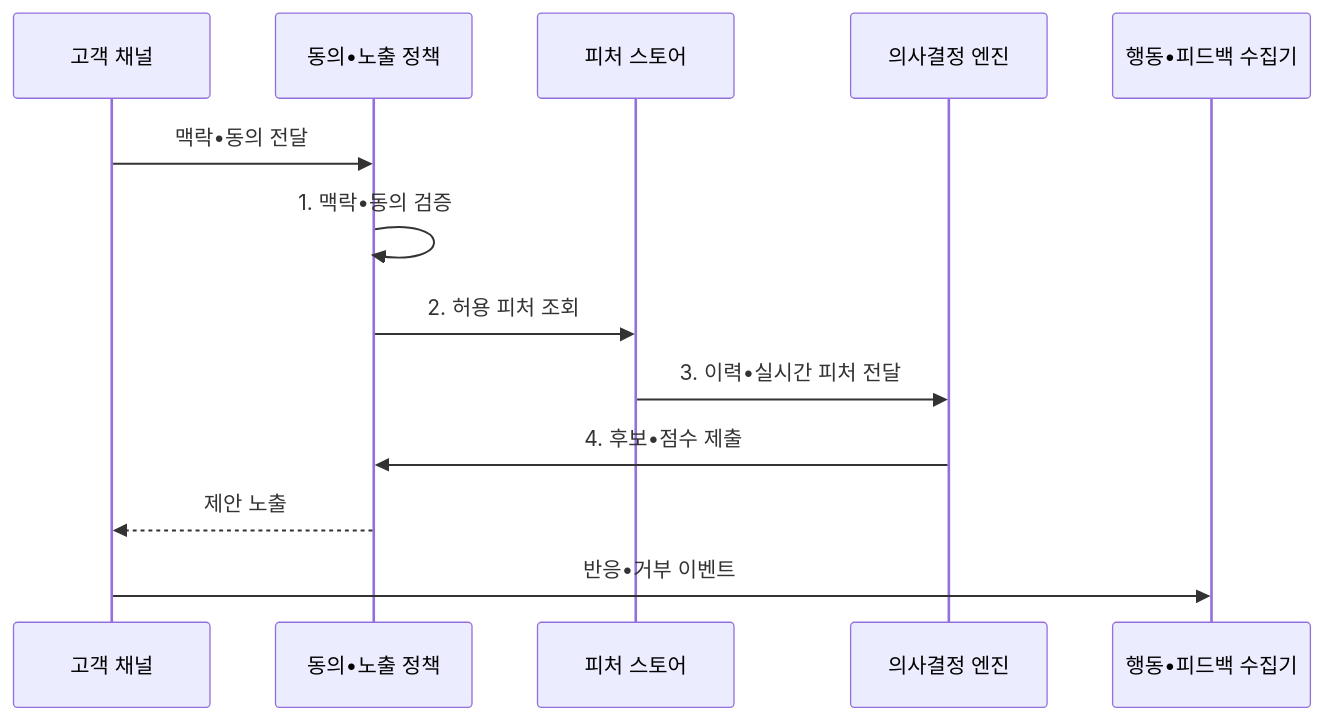
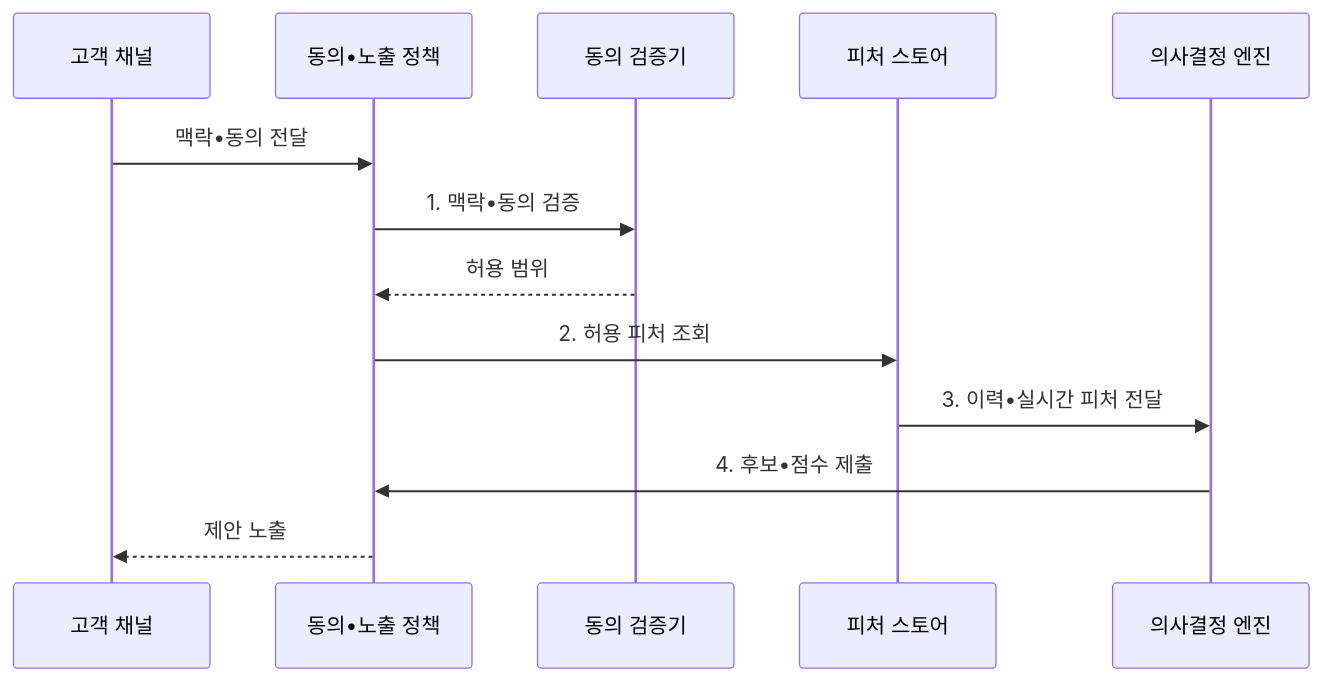
One commit to agnusdei1207/knowledge-base changed the second of 2 diagrams in src/content/docs/notes/03-software/210_hyper_personalization_service.md. Above: the diagram before and after it, drawn with Mermaid. The commit also changed other lines of this file and 14 other files, not shown here.

````diff
--- a/src/content/docs/notes/03-software/210_hyper_personalization_service.md
+++ b/src/content/docs/notes/03-software/210_hyper_personalization_service.md
@@ -108,17 +108,17 @@
 ```mermaid
 sequenceDiagram
     participant C as 고객 채널
     participant P as 동의•노출 정책
+    participant V as 동의 검증기
     participant F as 피처 스토어
     participant D as 의사결정 엔진
-    participant O as 행동•피드백 수집기
     C->>P: 맥락•동의 전달
-    P->>P: 1. 맥락•동의 검증
+    P->>V: 1. 맥락•동의 검증
+    V-->>P: 허용 범위
     P->>F: 2. 허용 피처 조회
     F->>D: 3. 이력•실시간 피처 전달
     D->>P: 4. 후보•점수 제출
     P-->>C: 제안 노출
-    C->>O: 반응•거부 이벤트
 
 
 ```
````
